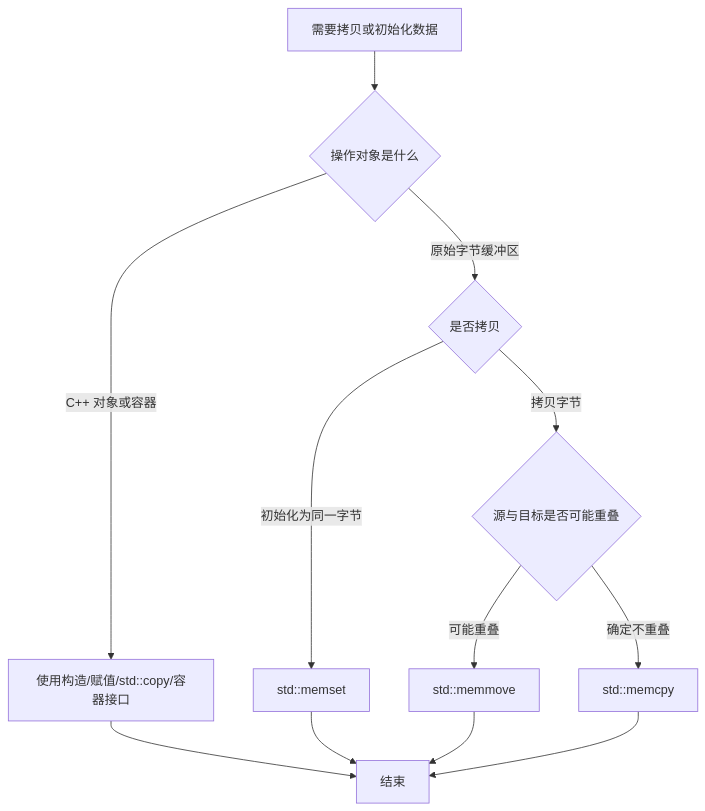
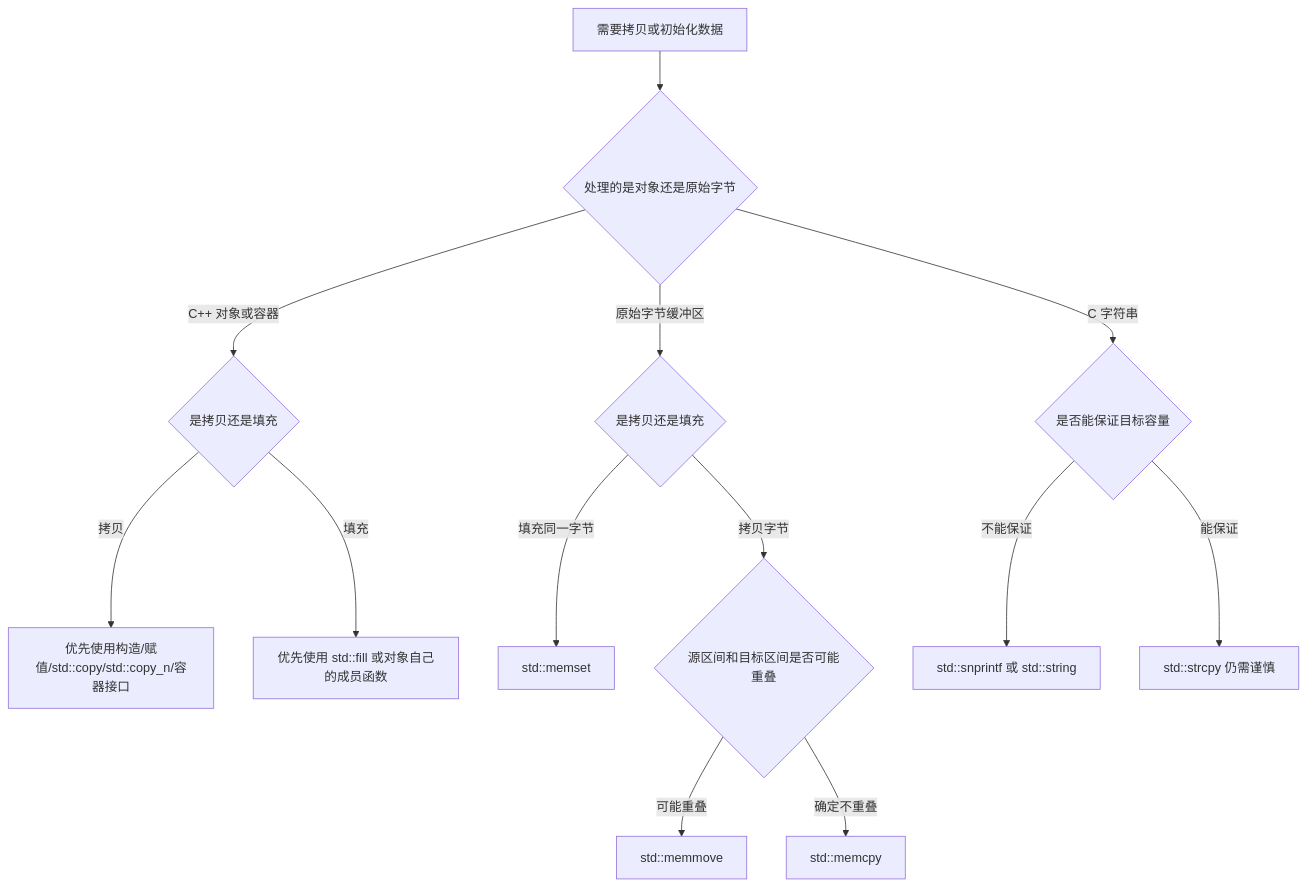
One commit to loskyertt/Notes changed the diagram in CPP/01_C++语言核心/05_资源与内存管理/02_内存管理/06_原始内存操作.md. Above: the diagram before and after it, drawn with Mermaid. The commit also changed other lines of this file and 2 other files, not shown here.

````diff
--- a/CPP/01_C++语言核心/05_资源与内存管理/02_内存管理/06_原始内存操作.md
+++ b/CPP/01_C++语言核心/05_资源与内存管理/02_内存管理/06_原始内存操作.md
@@ -239,14 +1015,15 @@
 ```mermaid
 flowchart TD
-    A[需要拷贝或初始化数据] --> B{操作对象是什么}
-    B -->|C++ 对象或容器| C[使用构造/赋值/std::copy/容器接口]
-    B -->|原始字节缓冲区| D{是否拷贝}
-    D -->|初始化为同一字节| E[std::memset]
-    D -->|拷贝字节| F{源与目标是否可能重叠}
-    F -->|可能重叠| G[std::memmove]
-    F -->|确定不重叠| H[std::memcpy]
-    C --> I[结束]
-    E --> I
-    G --> I
-    H --> I
+    A[需要拷贝或初始化数据] --> B{处理的是对象还是原始字节}
+    B -->|C++ 对象或容器| C{是拷贝还是填充}
+    C -->|拷贝| D[优先使用构造/赋值/std::copy/std::copy_n/容器接口]
+    C -->|填充| E[优先使用 std::fill 或对象自己的成员函数]
+    B -->|原始字节缓冲区| F{是拷贝还是填充}
+    F -->|填充同一字节| G[std::memset]
+    F -->|拷贝字节| H{源区间和目标区间是否可能重叠}
+    H -->|可能重叠| I[std::memmove]
+    H -->|确定不重叠| J[std::memcpy]
+    B -->|C 字符串| K{是否能保证目标容量}
+    K -->|不能保证| L[std::snprintf 或 std::string]
+    K -->|能保证| M[std::strcpy 仍需谨慎]
 ```
````
